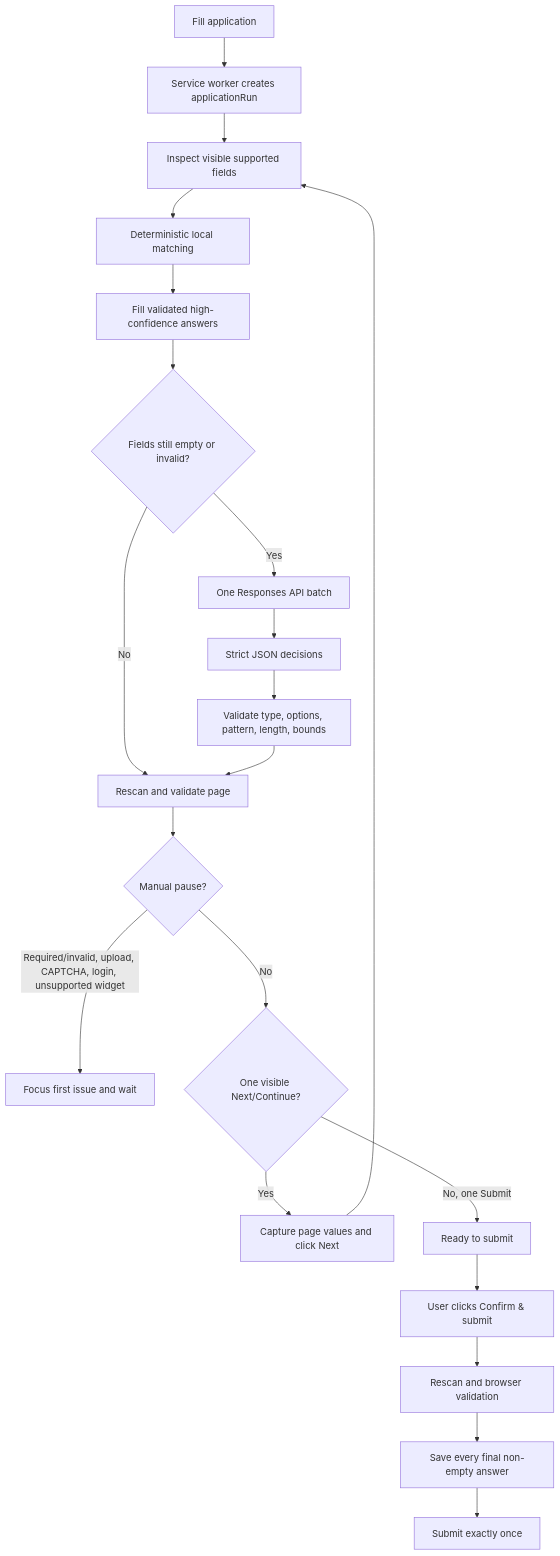
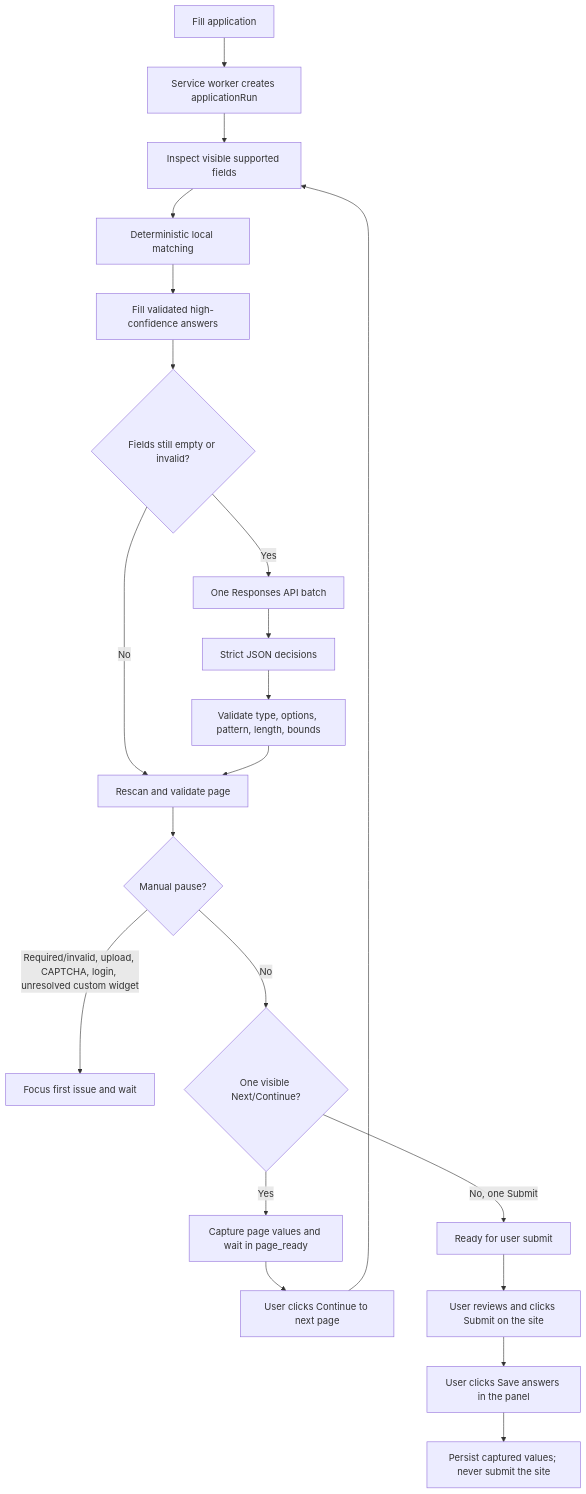
Before and after one commit to humandotlearning/job-application-autofill-extension: the first of 3 diagrams in README.md, drawn with Mermaid. The commit also changed other lines of this file and 21 other files, not shown here.

````diff
--- a/README.md
+++ b/README.md
@@ -7,23 +7,23 @@
 ```mermaid
 flowchart TD
     A[Fill application] --> B[Service worker creates applicationRun]
     B --> C[Inspect visible supported fields]
     C --> D[Deterministic local matching]
     D --> E[Fill validated high-confidence answers]
     E --> F{Fields still empty or invalid?}
     F -->|No| G[Rescan and validate page]
     F -->|Yes| H[One Responses API batch]
     H --> I[Strict JSON decisions]
     I --> J[Validate type, options, pattern, length, bounds]
     J --> G
     G --> K{Manual pause?}
-    K -->|Required/invalid, upload, CAPTCHA, login, unsupported widget| L[Focus first issue and wait]
+    K -->|Required/invalid, upload, CAPTCHA, login, unresolved custom widget| L[Focus first issue and wait]
     K -->|No| M{One visible Next/Continue?}
-    M -->|Yes| N[Capture page values and click Next]
-    N --> C
-    M -->|No, one Submit| O[Ready to submit]
-    O --> P[User clicks Confirm & submit]
-    P --> Q[Rescan and browser validation]
-    Q --> R[Save every final non-empty answer]
-    R --> S[Submit exactly once]
+    M -->|Yes| N[Capture page values and wait in page_ready]
+    N --> O[User clicks Continue to next page]
+    O --> C
+    M -->|No, one Submit| P[Ready for user submit]
+    P --> Q[User reviews and clicks Submit on the site]
+    Q --> R[User clicks Save answers in the panel]
+    R --> S[Persist captured values; never submit the site]
 ```
````
